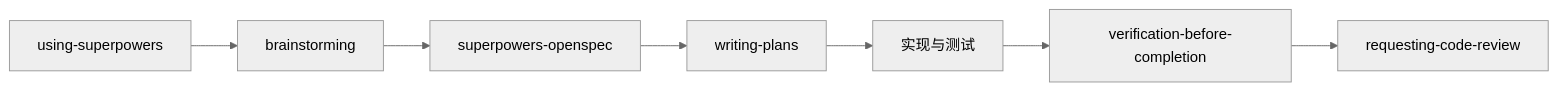
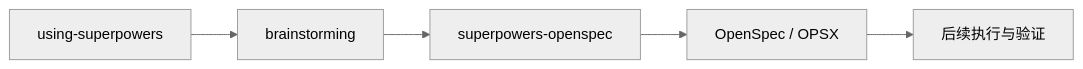
The diagram in references/skill-usage-sequence.md (tielei60/superpowers-openspec), drawn with Mermaid (neutral theme) before and after one commit. The commit also changed other lines of this file and 9 other files, not shown here.

````diff
--- a/references/skill-usage-sequence.md
+++ b/references/skill-usage-sequence.md
@@ -7,9 +7,7 @@
 ```mermaid
 flowchart LR
     A[using-superpowers] --> B[brainstorming]
     B --> C[superpowers-openspec]
-    C --> D[writing-plans]
-    D --> E[实现与测试]
-    E --> F[verification-before-completion]
-    F --> G[requesting-code-review]
+    C --> D[OpenSpec / OPSX]
+    D --> E[后续执行与验证]
 ```
````
